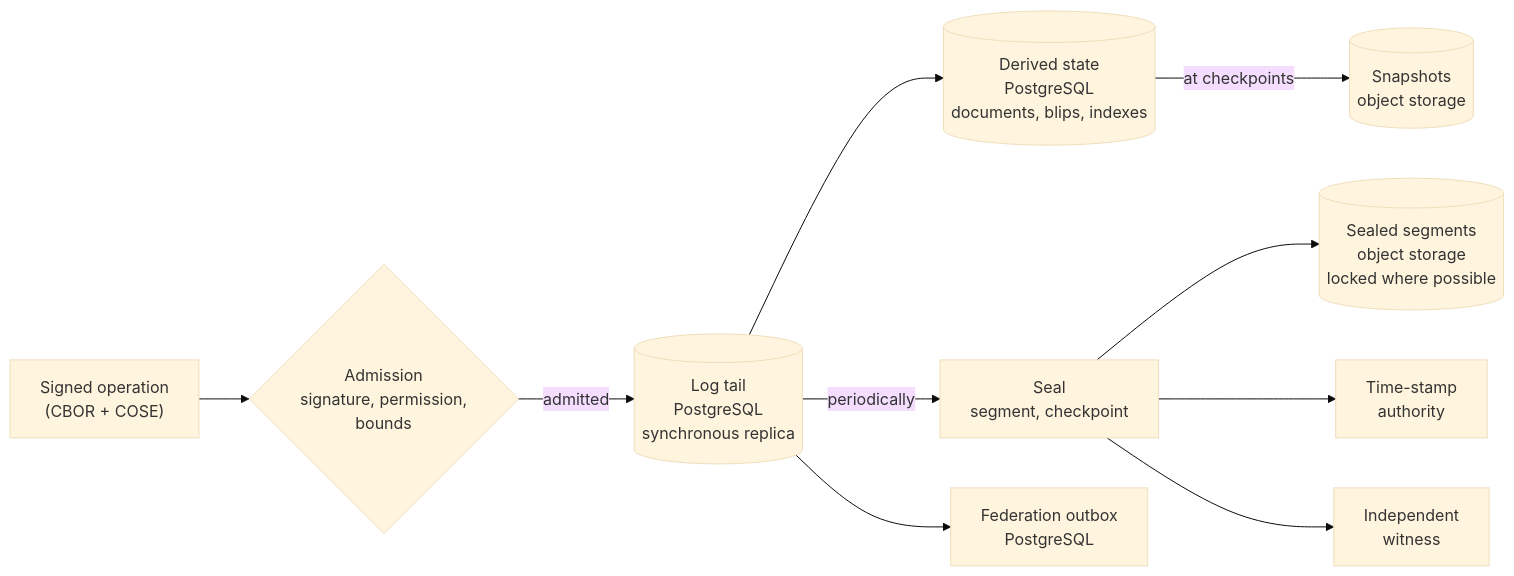
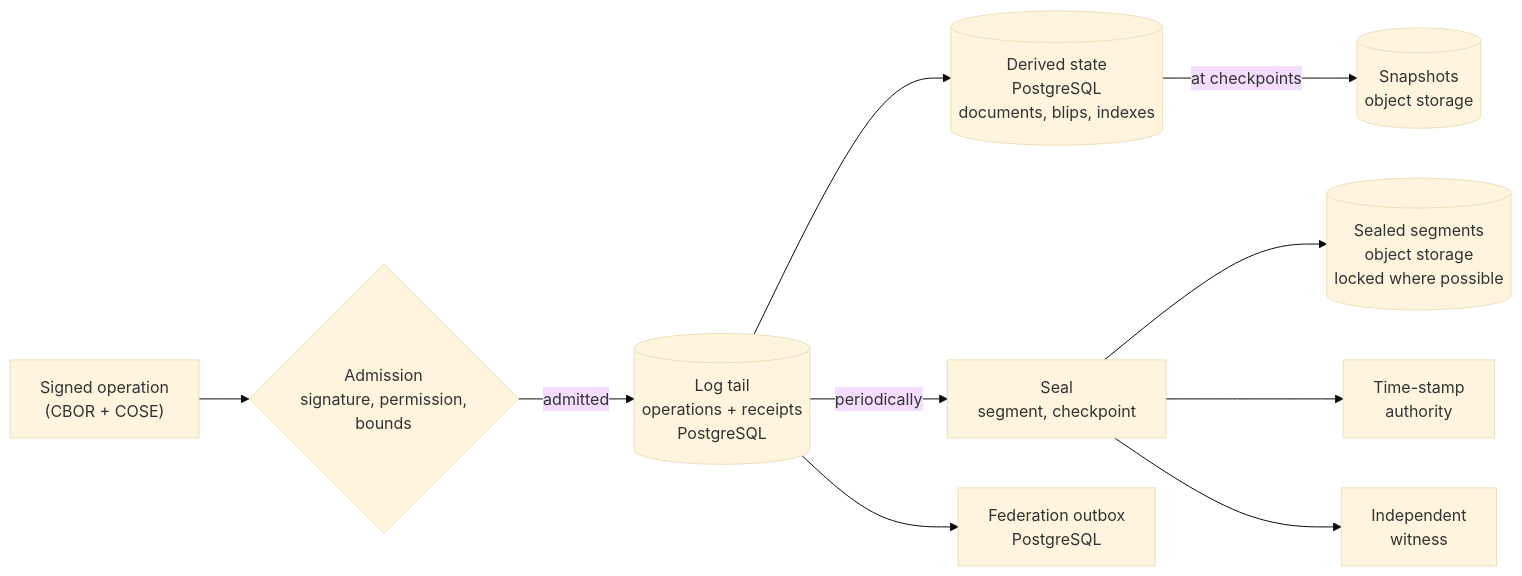
Before and after one commit to kolotyluk/wave: the diagram in docs/data.md, drawn with Mermaid (base theme). The commit also changed other lines of this file and 12 other files, not shown here.

First line of the commit message:
Oz's database review; schemas, passwords scope, one person one identity

````diff
--- a/docs/data.md
+++ b/docs/data.md
@@ -12,23 +12,23 @@
 ```mermaid
 flowchart LR
     op["Signed operation<br/>(CBOR + COSE)"]
     admit{"Admission<br/>signature, permission,<br/>bounds"}
-    tail[("Log tail<br/>PostgreSQL<br/>synchronous replica")]
+    tail[("Log tail<br/>operations + receipts<br/>PostgreSQL")]
     state[("Derived state<br/>PostgreSQL<br/>documents, blips, indexes")]
     seal["Seal<br/>segment, checkpoint"]
     segs[("Sealed segments<br/>object storage<br/>locked where possible")]
     tsa["Time-stamp<br/>authority"]
     wit["Independent<br/>witness"]
     snap[("Snapshots<br/>object storage")]
     out["Federation outbox<br/>PostgreSQL"]
 
     op --> admit
     admit -- "admitted" --> tail
     tail --> state
     tail --> out
     tail -- "periodically" --> seal
     seal --> segs
     seal --> tsa
     seal --> wit
     state -- "at checkpoints" --> snap
 ```
````
